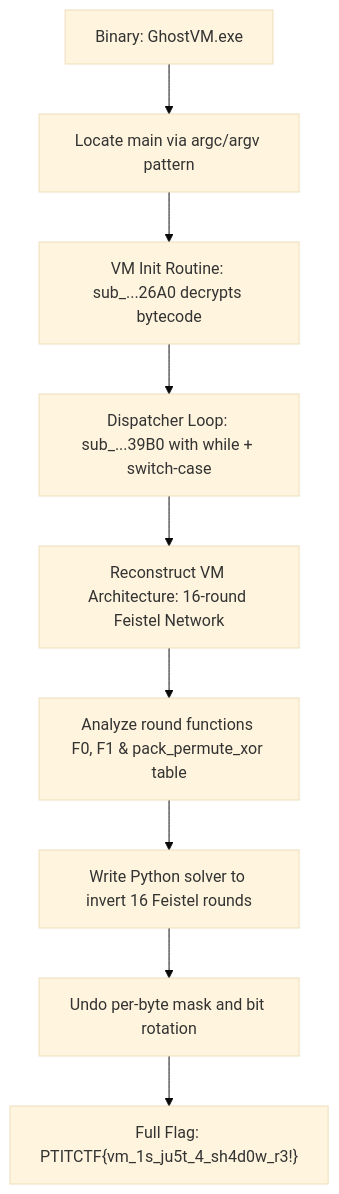
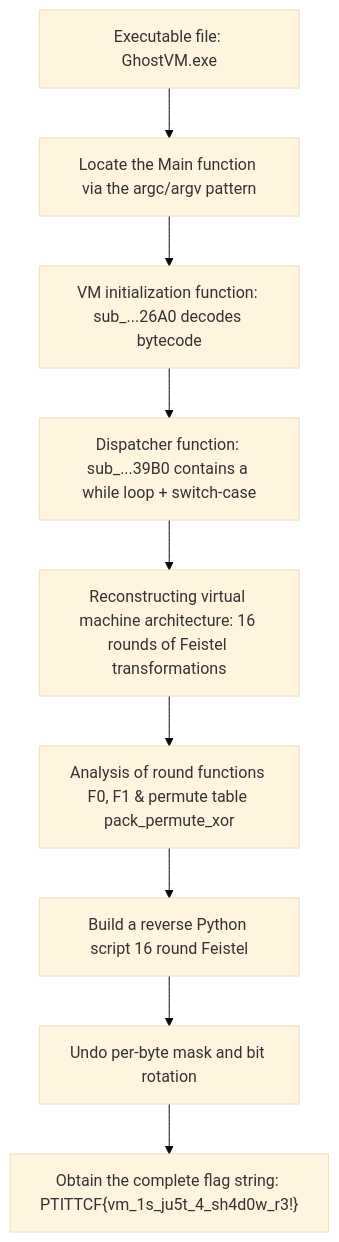
The second of 2 diagrams in _posts/2026-08-22-ghostvm.md (Lizamort1/ctf-writeups), drawn with Mermaid (base theme) before and after one commit. The commit also changed other lines of this file and 42 other files, not shown here.

Commit message:
fix: synchronize bilingual writeups and redraw diagrams

````diff
--- a/_posts/2026-08-22-ghostvm.md
+++ b/_posts/2026-08-22-ghostvm.md
@@ -129,11 +130,11 @@
 ```mermaid
 flowchart TD
-    A["Binary: GhostVM.exe"] --> B["Locate main via argc/argv pattern"]
-    B --> C["VM Init Routine: sub_...26A0 decrypts bytecode"]
-    C --> D["Dispatcher Loop: sub_...39B0 with while + switch-case"]
-    D --> E["Reconstruct VM Architecture: 16-round Feistel Network"]
-    E --> F["Analyze round functions F0, F1 & pack_permute_xor table"]
-    F --> G["Write Python solver to invert 16 Feistel rounds"]
+    A["Executable file: GhostVM.exe"] --> B["Locate the Main function via the argc/argv pattern"]
+    B --> C["VM initialization function: sub_...26A0 decodes bytecode"]
+    C --> D["Dispatcher function: sub_...39B0 contains a while loop + switch-case"]
+    D --> E["Reconstructing virtual machine architecture: 16 rounds of Feistel transformations"]
+    E --> F["Analysis of round functions F0, F1 & permute table pack_permute_xor"]
+    F --> G["Build a reverse Python script 16 round Feistel"]
     G --> H["Undo per-byte mask and bit rotation"]
-    H --> I["Full Flag: PTITCTF{vm_1s_ju5t_4_sh4d0w_r3!}"]
+    H --> I["Obtain the complete flag string: PTITTCF{vm_1s_ju5t_4_sh4d0w_r3!}"]
 ```
````
